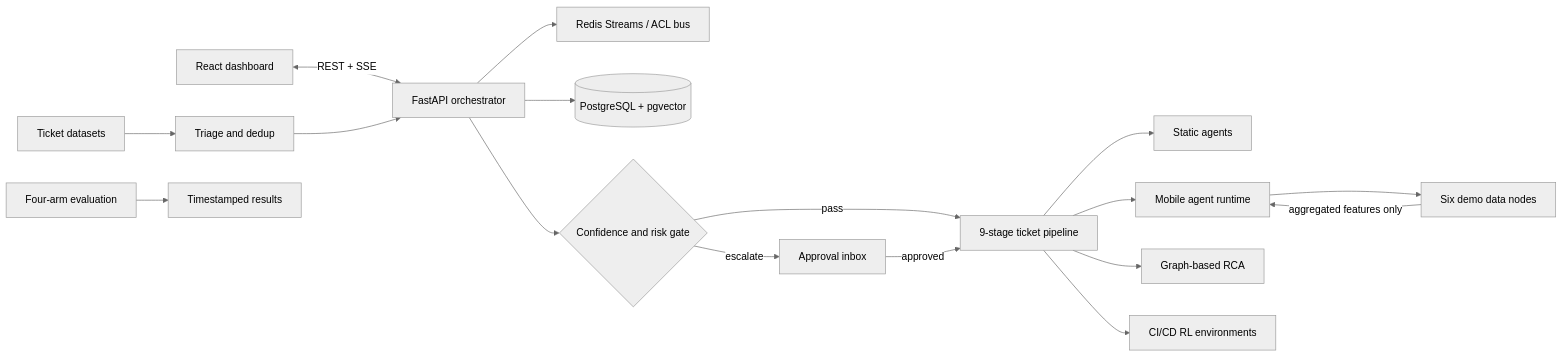
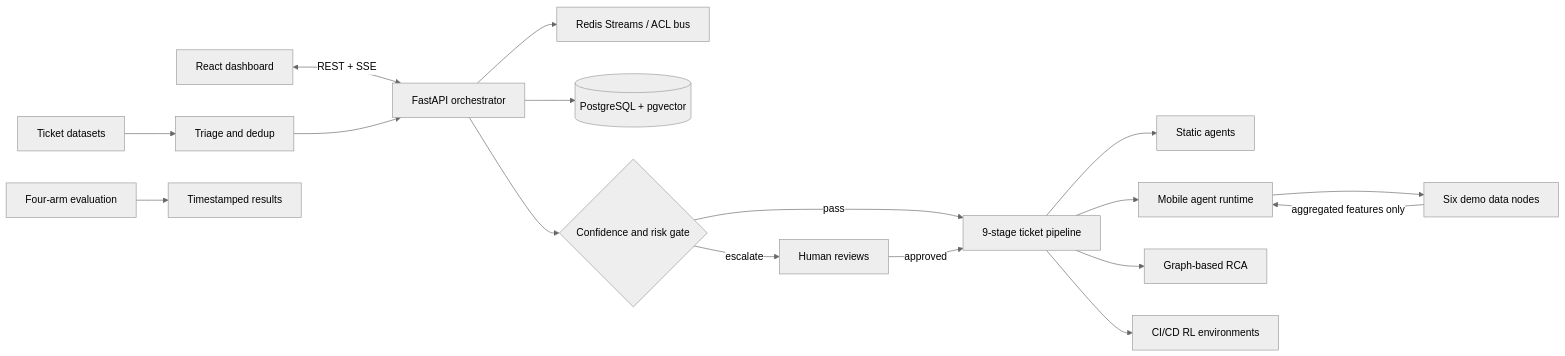
One commit to zidanarsyad/t2d-mas changed the diagram in README.md. Above: the diagram before and after it, drawn with Mermaid (neutral theme). The commit also changed other lines of this file and 47 other files, not shown here.

````diff
--- a/README.md
+++ b/README.md
@@ -16,19 +16,19 @@
 ```mermaid
 flowchart LR
     UI[React dashboard] <-->|REST + SSE| API[FastAPI orchestrator]
     API --> BUS[Redis Streams / ACL bus]
     API --> DB[(PostgreSQL + pgvector)]
     API --> GATE{Confidence and risk gate}
     GATE -->|pass| PIPE[9-stage ticket pipeline]
-    GATE -->|escalate| HUMAN[Approval inbox]
+    GATE -->|escalate| HUMAN[Human reviews]
     HUMAN -->|approved| PIPE
     PIPE --> STATIC[Static agents]
     PIPE --> MOBILE[Mobile agent runtime]
     MOBILE --> NODES[Six demo data nodes]
     NODES -->|aggregated features only| MOBILE
     DATA[Ticket datasets] --> TRIAGE[Triage and dedup]
     TRIAGE --> API
     PIPE --> RCA[Graph-based RCA]
     PIPE --> RL[CI/CD RL environments]
     EVAL[Four-arm evaluation] --> RESULTS[Timestamped results]
 ```
````
